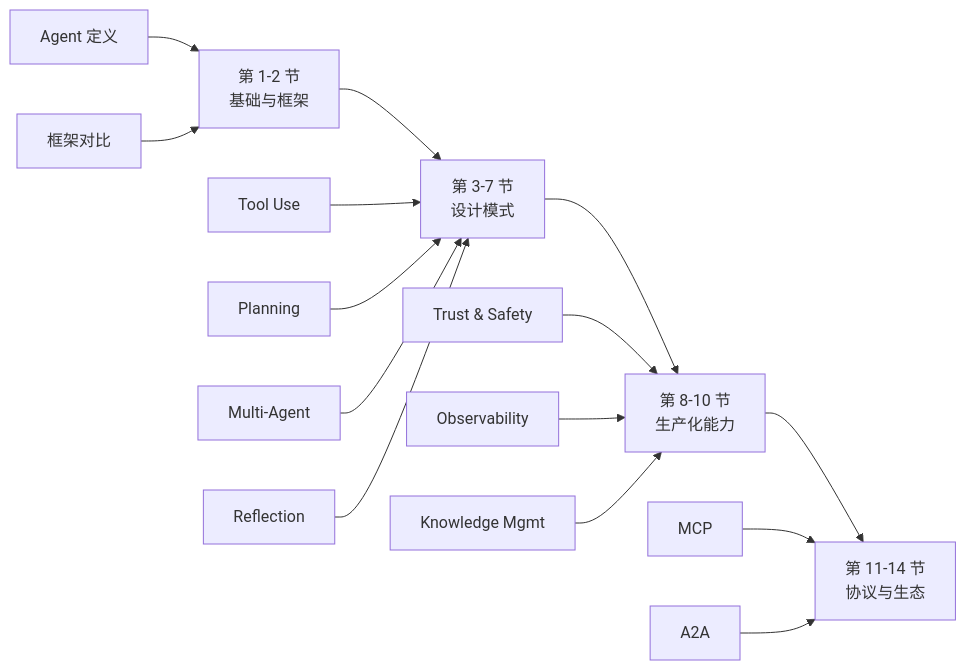
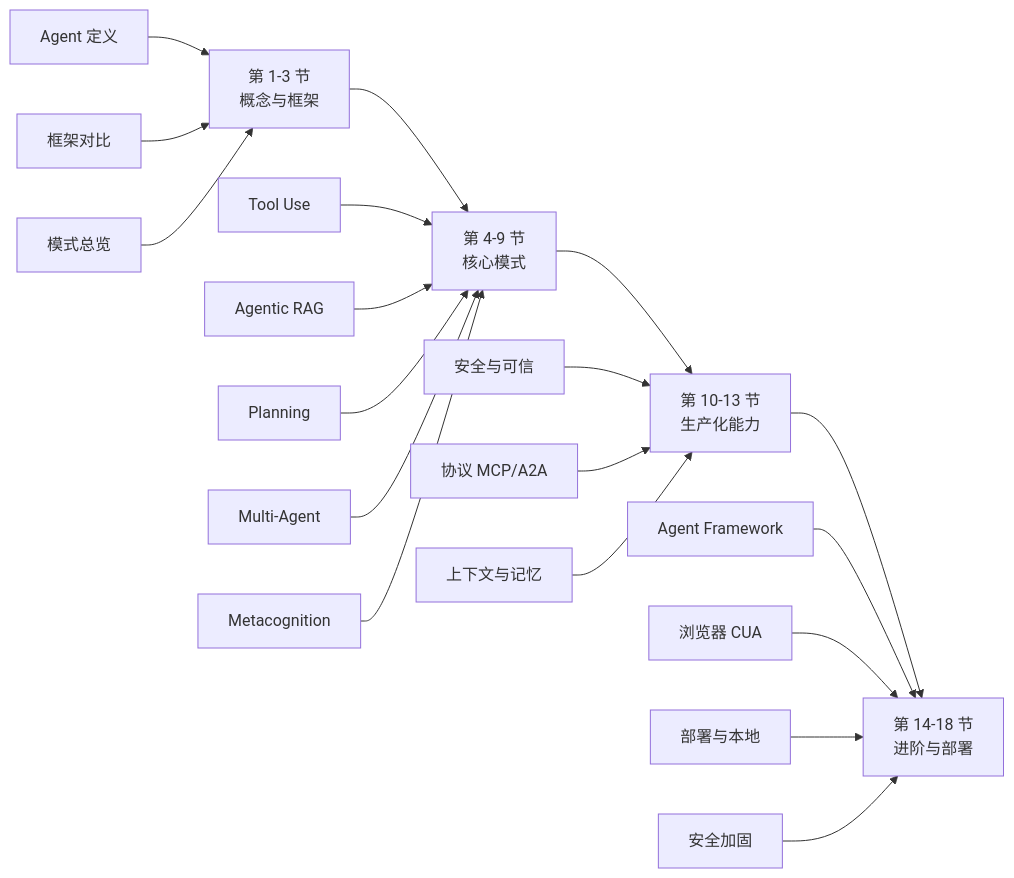
Before and after one commit to A1pha3/text-matrix: the first of 2 diagrams in content/posts/tech/ai-agents-for-beginners-microsoft-complete-guide.md, drawn with Mermaid. The commit also changed other lines of this file and 1 other file, not shown here.

````diff
--- a/content/posts/tech/ai-agents-for-beginners-microsoft-complete-guide.md
+++ b/content/posts/tech/ai-agents-for-beginners-microsoft-complete-guide.md
@@ -52,21 +52,25 @@
 ```mermaid
 graph LR
-    A["第 1-2 节<br/>基础与框架"] --> B["第 3-7 节<br/>设计模式"]
-    B --> C["第 8-10 节<br/>生产化能力"]
-    C --> D["第 11-14 节<br/>协议与生态"]
+    A["第 1-3 节<br/>概念与框架"] --> B["第 4-9 节<br/>核心模式"]
+    B --> C["第 10-13 节<br/>生产化能力"]
+    C --> D["第 14-18 节<br/>进阶与部署"]
 
     A1["Agent 定义"] --> A
     A2["框架对比"] --> A
+    A3["模式总览"] --> A
 
     B1["Tool Use"] --> B
-    B2["Planning"] --> B
-    B3["Multi-Agent"] --> B
-    B4["Reflection"] --> B
+    B2["Agentic RAG"] --> B
+    B3["Planning"] --> B
+    B4["Multi-Agent"] --> B
+    B5["Metacognition"] --> B
 
-    C1["Trust & Safety"] --> C
-    C2["Observability"] --> C
-    C3["Knowledge Mgmt"] --> C
+    C1["安全与可信"] --> C
+    C2["协议 MCP/A2A"] --> C
+    C3["上下文与记忆"] --> C
 
-    D1["MCP"] --> D
-    D2["A2A"] --> D
+    D1["Agent Framework"] --> D
+    D2["浏览器 CUA"] --> D
+    D3["部署与本地"] --> D
+    D4["安全加固"] --> D
 ```
````
